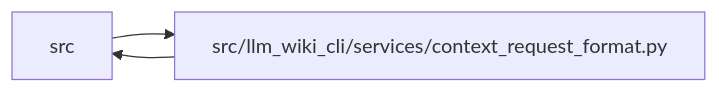
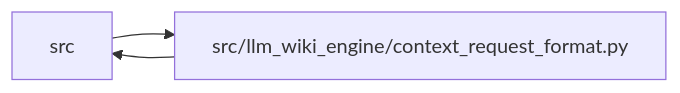
One commit to Denissvgn/python-wiki-llm changed the diagram in docs/llm_wiki/modules/context_request_format.md. Above: the diagram before and after it, drawn with Mermaid. The commit also changed other lines of this file and 1058 other files, not shown here.

````diff
--- a/docs/llm_wiki/modules/context_request_format.md
+++ b/docs/llm_wiki/modules/context_request_format.md
@@ -30,8 +30,8 @@
 ```mermaid
 flowchart LR
     n0["src"]
-    n1["src/llm_wiki_cli/services/context_request_format.py"]
+    n1["src/llm_wiki_engine/context_request_format.py"]
     n0 --> n1
     n1 --> n0
     click n1 "../modules/context_request_format.md"
 ```
````
